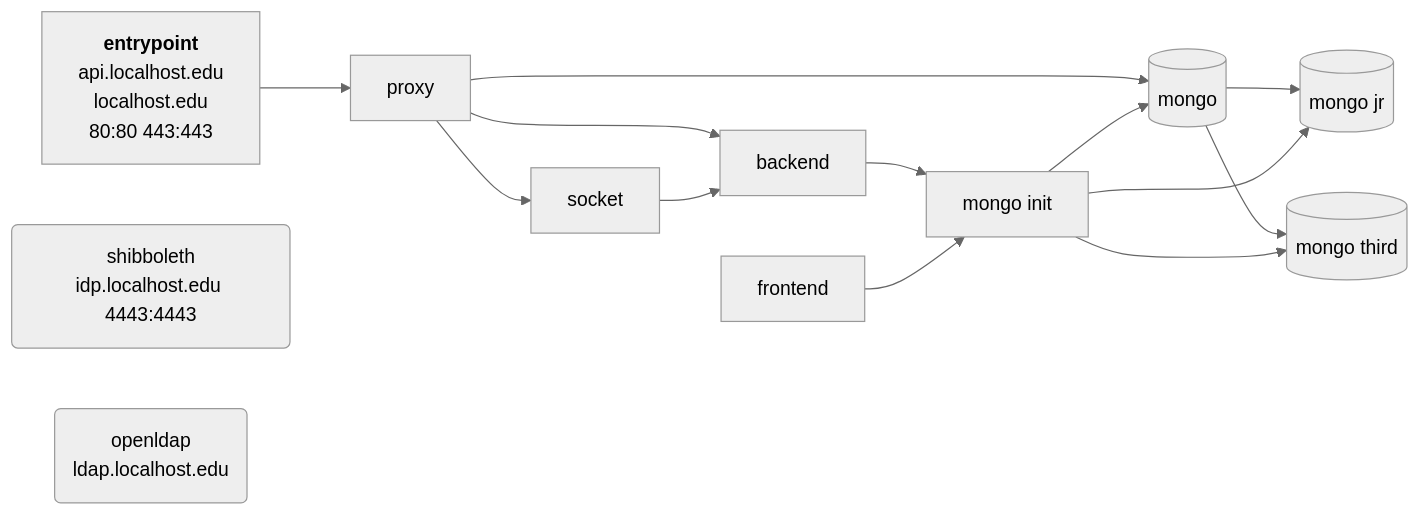
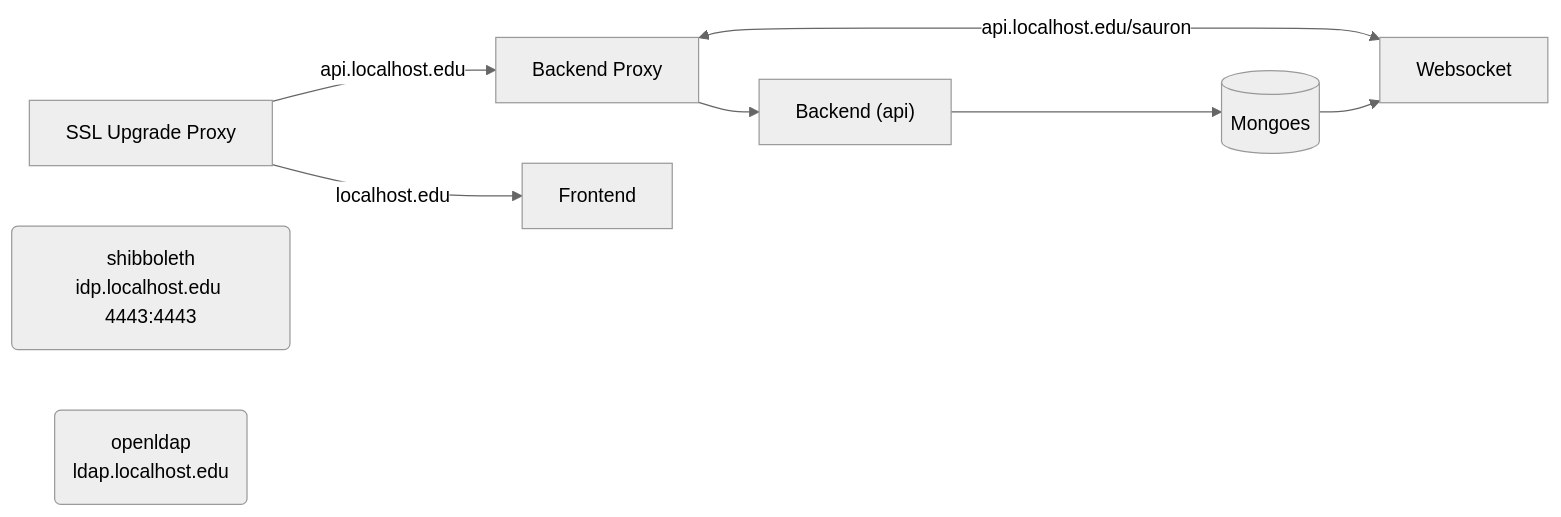
The first of 2 diagrams in docs/docs/architecture/index.md (oss/meetme), drawn with Mermaid (neutral theme) before and after one commit. The commit also changed other lines of this file, not shown here.

````diff
--- a/docs/docs/architecture/index.md
+++ b/docs/docs/architecture/index.md
@@ -35,28 +42,14 @@
 ```mermaid
 flowchart LR
-    entrypoint["`**entrypoint**
-        api.localhost.edu
-        localhost.edu
-        80:80  443:443
+    proxy["SSL Upgrade Proxy"] -- "api.localhost.edu" --> backend-proxy["Backend Proxy"];
+    proxy -- "localhost.edu" --> fronted["Frontend"]  
 
-    `"]-->proxy[proxy];
-    proxy --> backend[backend];
-    proxy --> socket[socket];
-    proxy --> mongo[(mongo)];
-    mongo --> mongojr[(mongo jr)];
-    mongo --> mongothird[(mongo third)];
+    backend-proxy --> backend["Backend (api)"]
+    backend-proxy <-- "api.localhost.edu/sauron" --> websocket["Websocket"]
 
-    monogoinit[mongo init] --> mongo;
-    monogoinit --> mongojr;
-    monogoinit --> mongothird;
-    backend --> monogoinit;
-    frontend[frontend] --> monogoinit;
-    socket --> backend;
+    backend --> database[(Mongoes)]
+    database --> websocket
 
-    shibboleth("`shibboleth
-        idp.localhost.edu 4443:4443
-    `");
-    openldap("`openldap
-        ldap.localhost.edu
-    `");
+    shibboleth("shibboleth<br>idp.localhost.edu 4443:4443");
+    openldap("openldap<br>ldap.localhost.edu");
 ```
````
